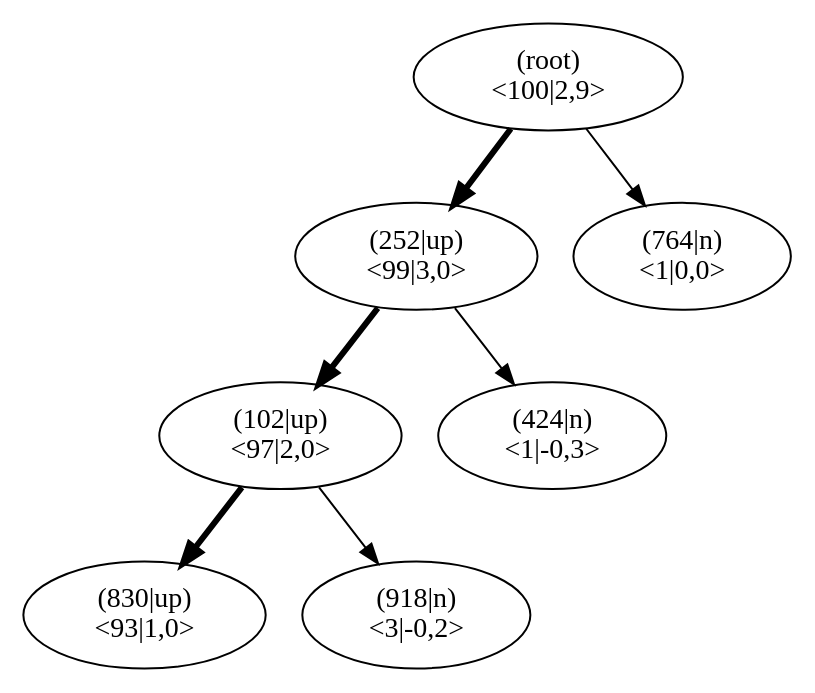
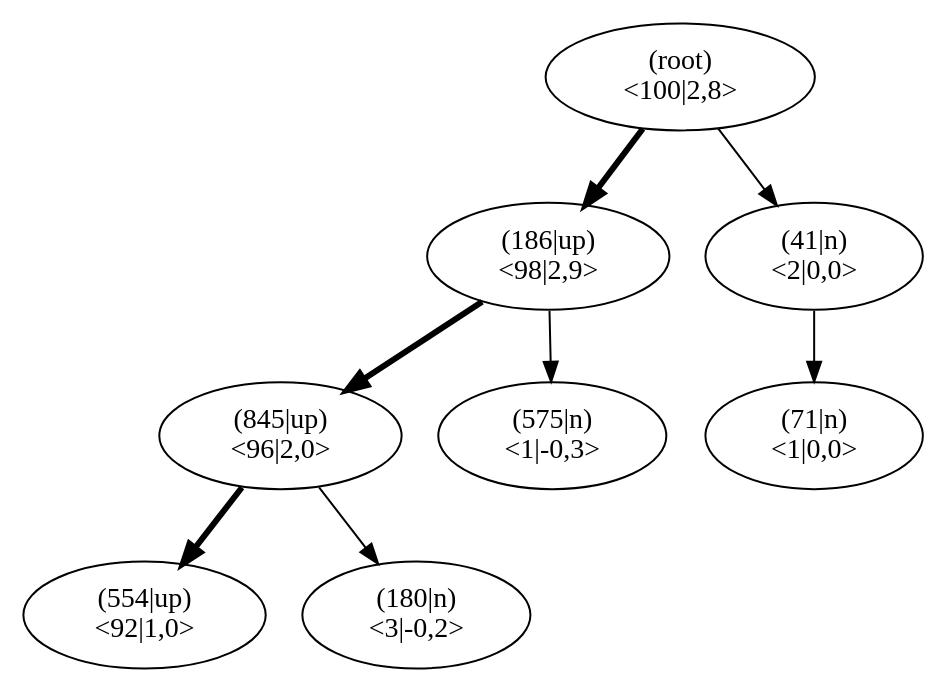
One commit to JonasHellgren/relexp-java changed the diagram in pictures/ch13/jumper_test_mcts.dot. Above: the diagram before and after it, drawn with Graphviz. The commit also changed 25 other files, not shown here.

```diff
--- a/pictures/ch13/jumper_test_mcts.dot
+++ b/pictures/ch13/jumper_test_mcts.dot
@@ -1,23 +1,26 @@
 digraph MCTS {
 node [shape=ellipse];
 Nroot [label="(root)
-<100|2,9>"];
-Nroot -> N252[penwidth=3];
-N252 [label="(252|up)
-<99|3,0>"];
-N252 -> N102[penwidth=3];
-N102 [label="(102|up)
-<97|2,0>"];
-N102 -> N830[penwidth=3];
-N830 [label="(830|up)
-<93|1,0>"];
-N102 -> N918[penwidth=1];
-N918 [label="(918|n)
+<100|2,8>"];
+Nroot -> N186[penwidth=3];
+N186 [label="(186|up)
+<98|2,9>"];
+N186 -> N845[penwidth=3];
+N845 [label="(845|up)
+<96|2,0>"];
+N845 -> N554[penwidth=3];
+N554 [label="(554|up)
+<92|1,0>"];
+N845 -> N180[penwidth=1];
+N180 [label="(180|n)
 <3|-0,2>"];
-N252 -> N424[penwidth=1];
-N424 [label="(424|n)
+N186 -> N575[penwidth=1];
+N575 [label="(575|n)
 <1|-0,3>"];
-Nroot -> N764[penwidth=1];
-N764 [label="(764|n)
+Nroot -> N41[penwidth=1];
+N41 [label="(41|n)
+<2|0,0>"];
+N41 -> N71[penwidth=1];
+N71 [label="(71|n)
 <1|0,0>"];
 }
```
